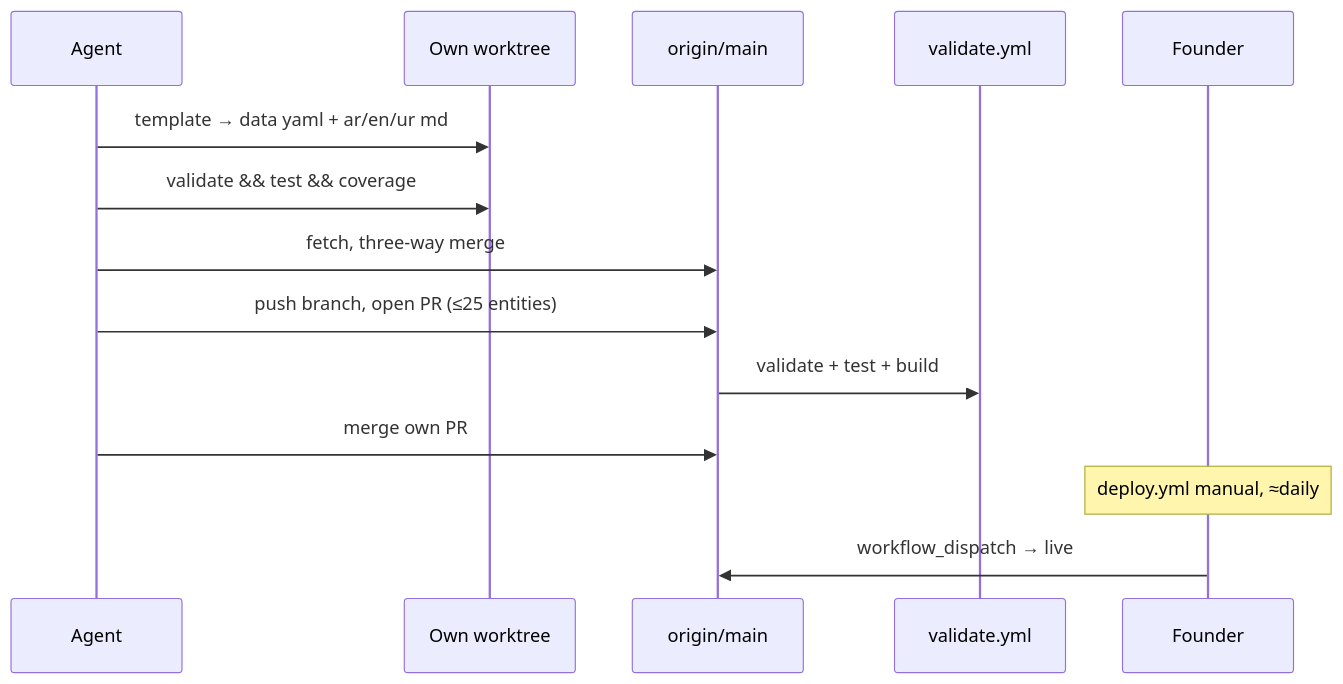
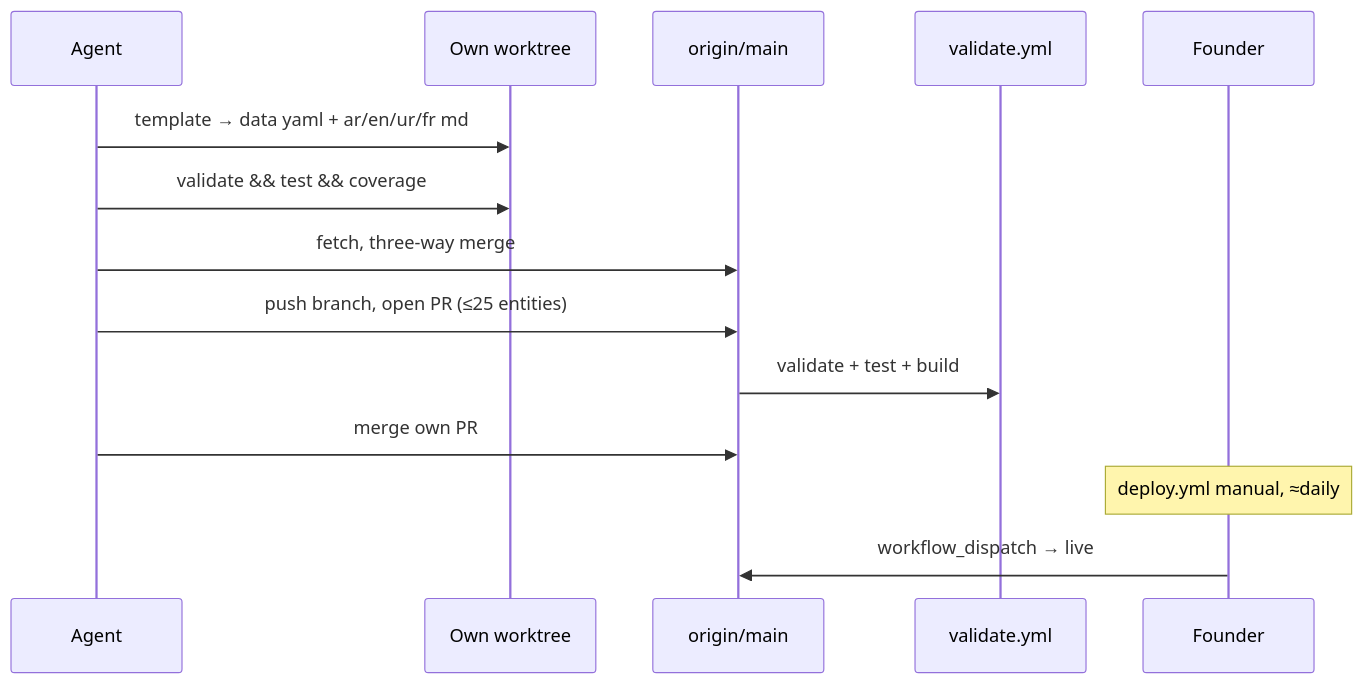
The third of 8 diagrams in docs/engineering/diagrams.md (amado2k5/islam-museum), drawn with Mermaid before and after one commit. The commit also changed other lines of this file and 75 other files, not shown here.

````diff
--- a/docs/engineering/diagrams.md
+++ b/docs/engineering/diagrams.md
@@ -52,17 +52,17 @@
 ```mermaid
 sequenceDiagram
     participant A as Agent
     participant W as Own worktree
     participant GH as origin/main
     participant CI as validate.yml
     participant F as Founder
 
-    A->>W: template → data yaml + ar/en/ur md
+    A->>W: template → data yaml + ar/en/ur/fr md
     A->>W: validate && test && coverage
     A->>GH: fetch, three-way merge
     A->>GH: push branch, open PR (≤25 entities)
     GH->>CI: validate + test + build
     A->>GH: merge own PR
     Note over F: deploy.yml manual, ≈daily
     F->>GH: workflow_dispatch → live
 ```
````
